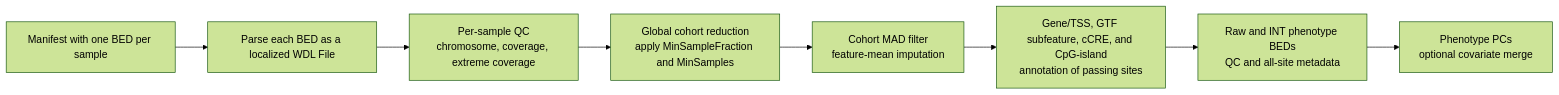
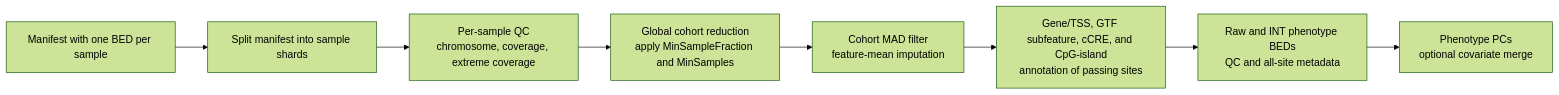
One commit to AoU-Multiomics-Analysis/prepare_QTL changed the diagram in docs/methylation-qtl.md. Above: the diagram before and after it, drawn with Mermaid (forest theme). The commit also changed other lines of this file and 3 other files, not shown here.

````diff
--- a/docs/methylation-qtl.md
+++ b/docs/methylation-qtl.md
@@ -37,10 +37,10 @@
 ```mermaid
 flowchart LR
-    A["Manifest with one BED per sample"] --> B["Parse each BED as a localized WDL File"]
+    A["Manifest with one BED per sample"] --> B["Split manifest into sample shards"]
     B --> C["Per-sample QC\nchromosome, coverage, extreme coverage"]
     C --> D["Global cohort reduction\napply MinSampleFraction and MinSamples"]
     D --> E["Cohort MAD filter\nfeature-mean imputation"]
     E --> F["Gene/TSS, GTF subfeature, cCRE, and CpG-island\nannotation of passing sites"]
     F --> G["Raw and INT phenotype BEDs\nQC and all-site metadata"]
     G --> H["Phenotype PCs\noptional covariate merge"]
 ```
````
